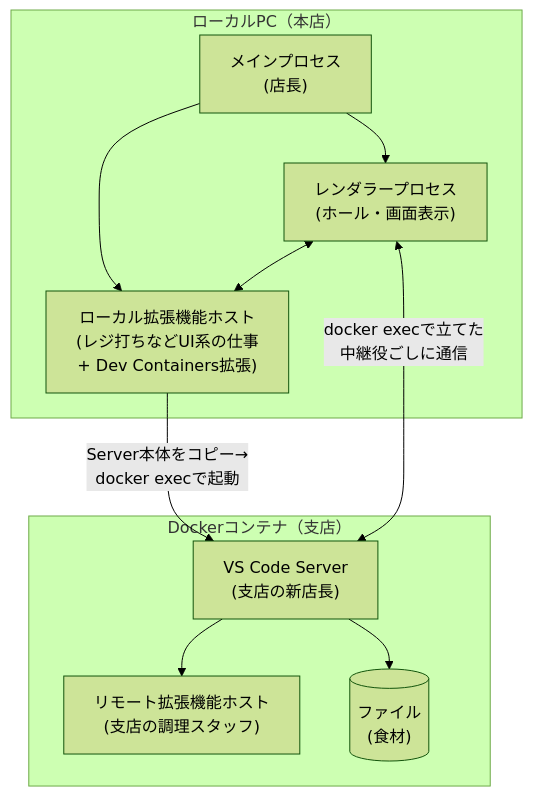
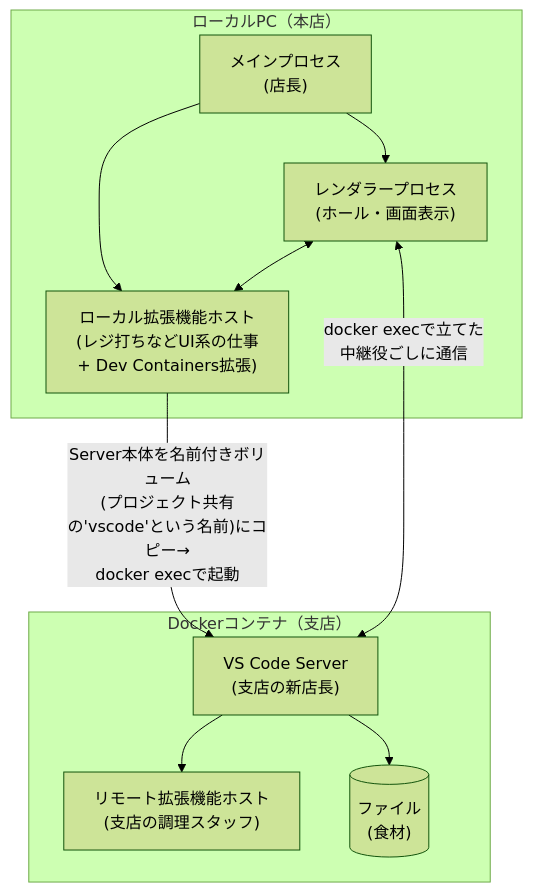
Before and after one commit to TakebumiSuzuki/workbrowser: the second of 2 diagrams in .devcontainer/docs/vscode-devcontainer-architecture.md, drawn with Mermaid (forest theme). The commit also changed other lines of this file and 6 other files, not shown here.

````diff
--- a/.devcontainer/docs/vscode-devcontainer-architecture.md
+++ b/.devcontainer/docs/vscode-devcontainer-architecture.md
@@ -44,24 +44,24 @@
 ```mermaid
 flowchart TB
     subgraph pc["ローカルPC（本店）"]
         main["メインプロセス<br/>(店長)"]
         renderer["レンダラープロセス<br/>(ホール・画面表示)"]
         localext["ローカル拡張機能ホスト<br/>(レジ打ちなどUI系の仕事<br/>+ Dev Containers拡張)"]
 
         main --> renderer
         main --> localext
         renderer <--> localext
     end
 
     subgraph container["Dockerコンテナ（支店）"]
         server["VS Code Server<br/>(支店の新店長)"]
         remoteext["リモート拡張機能ホスト<br/>(支店の調理スタッフ)"]
         file[("ファイル<br/>(食材)")]
 
         server --> remoteext
         server --> file
     end
 
-    localext -->|"Server本体をコピー→<br/>docker execで起動"| server
+    localext -->|"Server本体を名前付きボリューム<br/>(プロジェクト共有の'vscode'という名前)にコピー→<br/>docker execで起動"| server
     renderer <-->|"docker execで立てた<br/>中継役ごしに通信"| server
 ```
````
